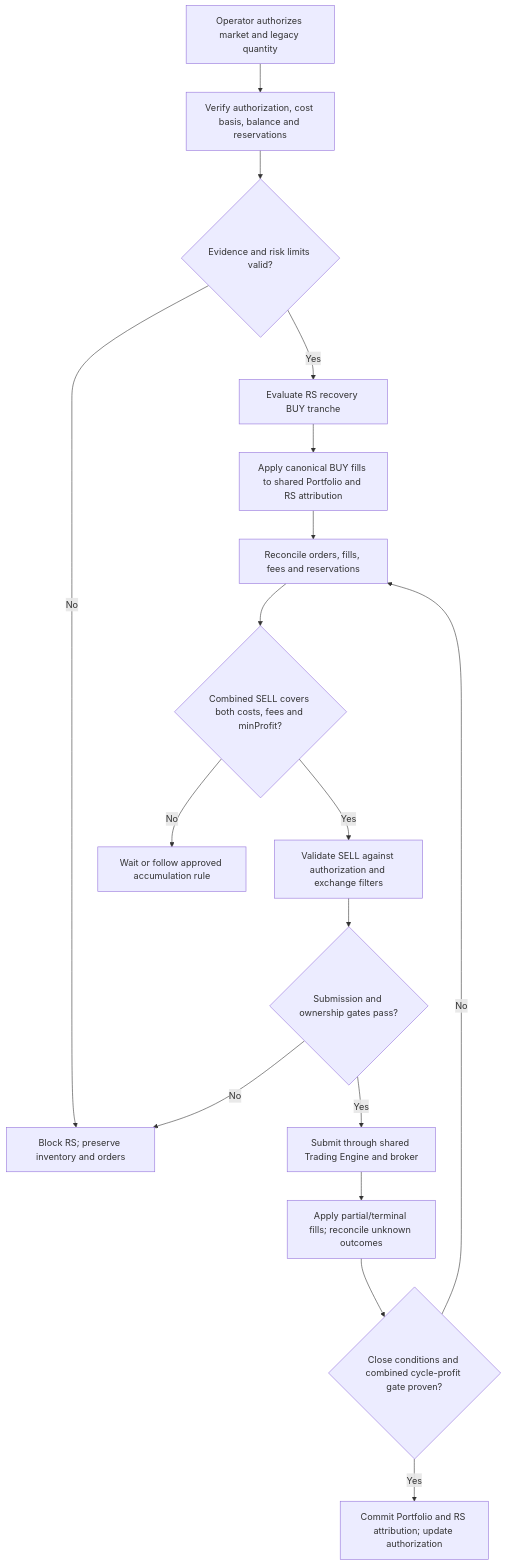
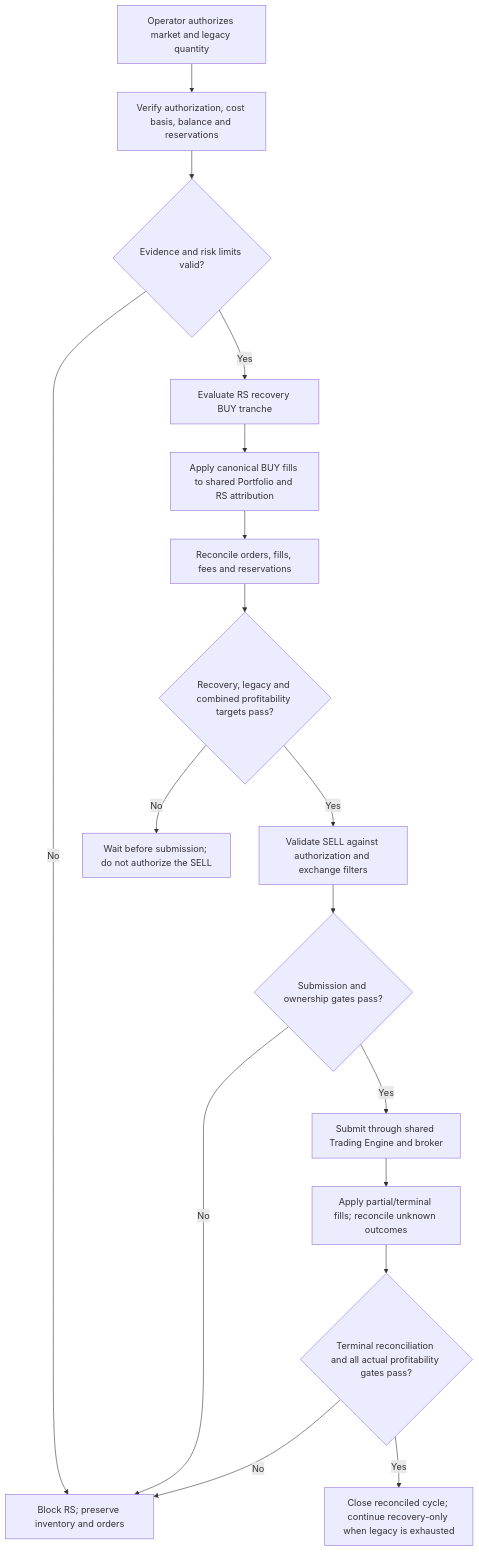
Before and after one commit to 45s/coinzilla: the second of 2 diagrams in apps/harvester/docs/domain/recovery-seller-domain-specification.md, drawn with Mermaid. The commit also changed other lines of this file, not shown here.

Commit message:
docs(harvester): align RS decisions and lifecycle gates

```diff
--- a/apps/harvester/docs/domain/recovery-seller-domain-specification.md
+++ b/apps/harvester/docs/domain/recovery-seller-domain-specification.md
@@ -416,19 +434,19 @@
 ~~~mermaid
 flowchart TD
   A[Operator authorizes market and legacy quantity] --> B[Verify authorization, cost basis, balance and reservations]
   B --> C{Evidence and risk limits valid?}
   C -- No --> X[Block RS; preserve inventory and orders]
   C -- Yes --> D[Evaluate RS recovery BUY tranche]
   D --> E[Apply canonical BUY fills to shared Portfolio and RS attribution]
   E --> F[Reconcile orders, fills, fees and reservations]
-  F --> G{Combined SELL covers both costs, fees and minProfit?}
-  G -- No --> H[Wait or follow approved accumulation rule]
+  F --> G{Recovery, legacy and combined profitability targets pass?}
+  G -- No --> H[Wait before submission; do not authorize the SELL]
   G -- Yes --> I[Validate SELL against authorization and exchange filters]
   I --> J{Submission and ownership gates pass?}
   J -- No --> X
   J -- Yes --> K[Submit through shared Trading Engine and broker]
   K --> L[Apply partial/terminal fills; reconcile unknown outcomes]
-  L --> M{Close conditions and combined cycle-profit gate proven?}
-  M -- No --> F
-  M -- Yes --> N[Commit Portfolio and RS attribution; update authorization]
+  L --> M{Terminal reconciliation and all actual profitability gates pass?}
+  M -- No --> X
+  M -- Yes --> N[Close reconciled cycle; continue recovery-only when legacy is exhausted]
 ~~~
```
